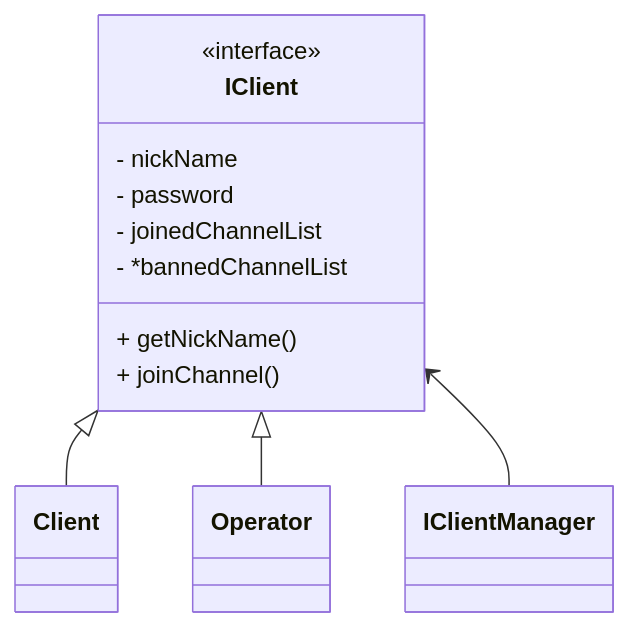
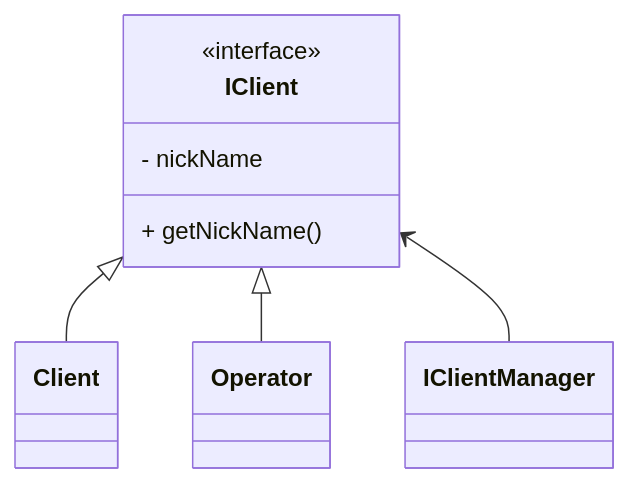
The fourth of 13 diagrams in docs/class_design.md (mfukui1218/irc), drawn with Mermaid before and after one commit. The commit also changed other lines of this file, not shown here.

Commit message:
update: for client

````diff
--- a/docs/class_design.md
+++ b/docs/class_design.md
@@ -90,16 +92,12 @@
 ```mermaid
 classDiagram
 	IClient <|-- Client
 	IClient <|-- Operator
 	IClient <-- IClientManager
 
 	class IClient {
 		<<interface>>
 		- nickName
-		- password
-		- joinedChannelList
-		- *bannedChannelList
 		+ getNickName()
-		+ joinChannel()
 	}
 ```
````
